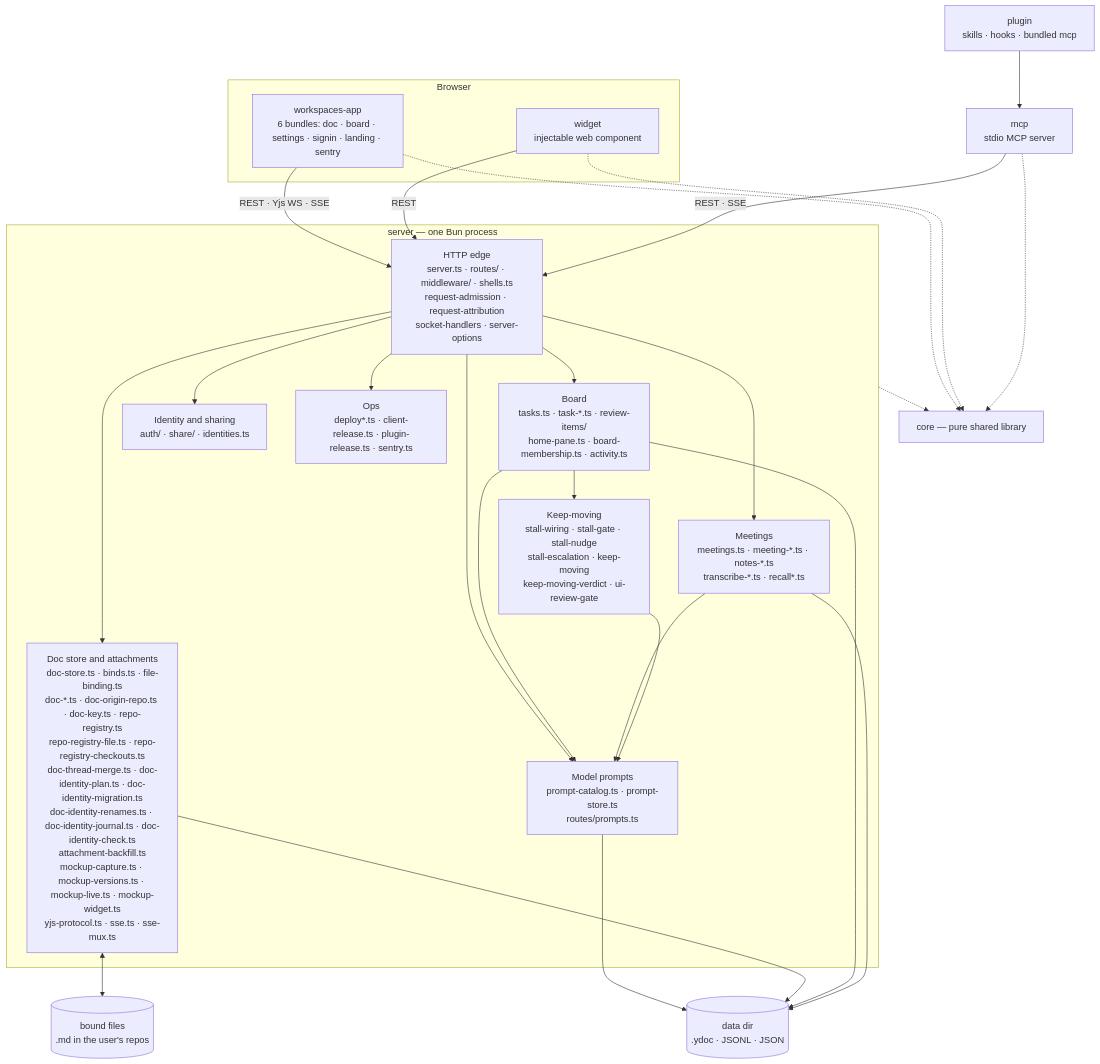
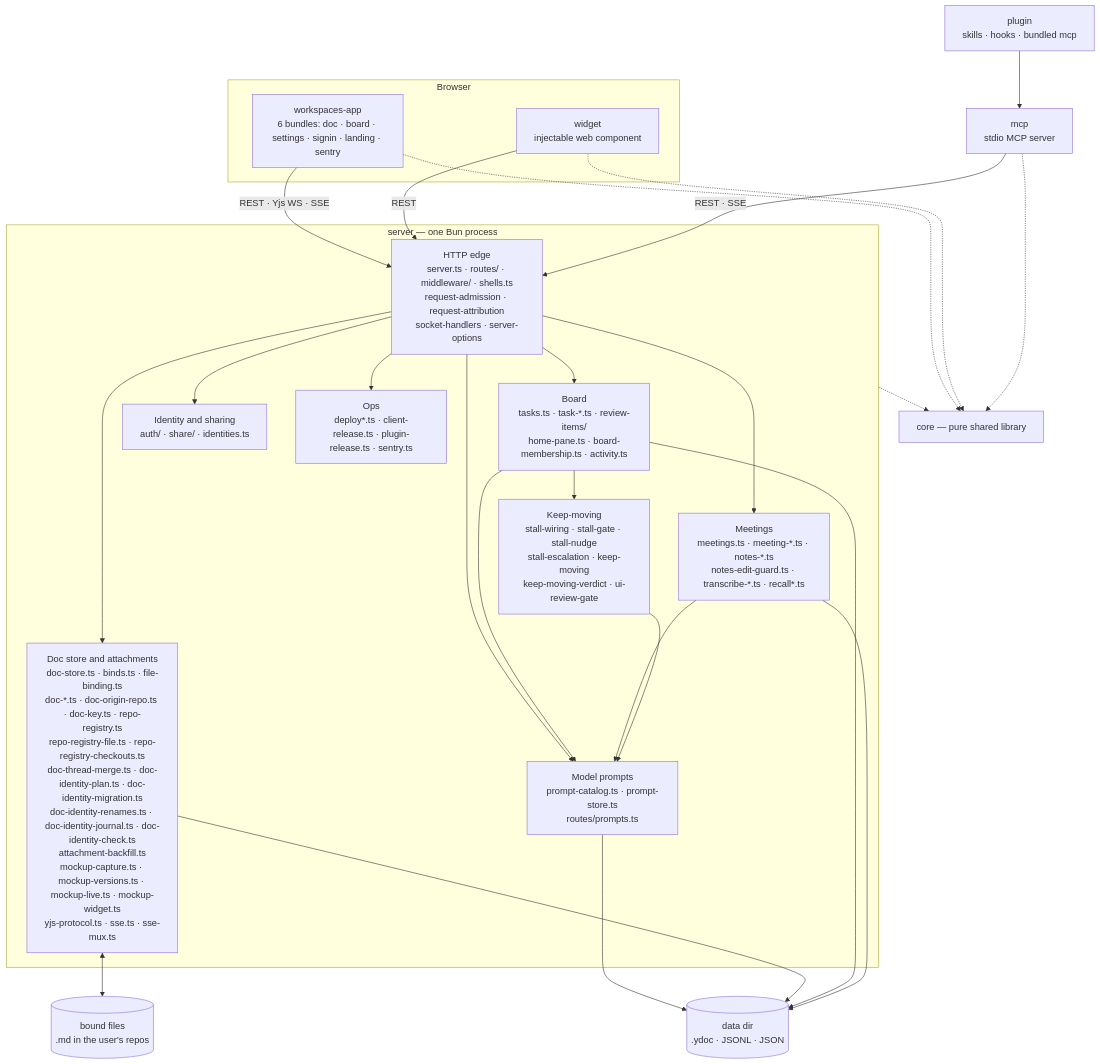
Before and after one commit to fryanpan/claude-workspaces-plugin: the first of 2 diagrams in docs/architecture/overview.md, drawn with Mermaid. The commit also changed 7 other files, not shown here.

First line of the commit message:
A meeting's notes can no longer disappear above a second heading (#834)

````diff
--- a/docs/architecture/overview.md
+++ b/docs/architecture/overview.md
@@ -45,35 +45,35 @@
 ```mermaid
 flowchart TB
   subgraph browser[Browser]
     app["workspaces-app<br/>6 bundles: doc · board · settings · signin · landing · sentry"]
     wid["widget<br/>injectable web component"]
   end
   plug["plugin<br/>skills · hooks · bundled mcp"]
   mcp["mcp<br/>stdio MCP server"]
   subgraph srv["server — one Bun process"]
     edge["HTTP edge<br/>server.ts · routes/ · middleware/ · shells.ts<br/>request-admission · request-attribution<br/>socket-handlers · server-options"]
     docs["Doc store and attachments<br/>doc-store.ts · binds.ts · file-binding.ts<br/>doc-*.ts · doc-origin-repo.ts · doc-key.ts · repo-registry.ts<br/>repo-registry-file.ts · repo-registry-checkouts.ts<br/>doc-thread-merge.ts · doc-identity-plan.ts · doc-identity-migration.ts<br/>doc-identity-renames.ts · doc-identity-journal.ts · doc-identity-check.ts<br/>attachment-backfill.ts<br/>mockup-capture.ts · mockup-versions.ts · mockup-live.ts · mockup-widget.ts<br/>yjs-protocol.ts · sse.ts · sse-mux.ts"]
     board["Board<br/>tasks.ts · task-*.ts · review-items/<br/>home-pane.ts · board-membership.ts · activity.ts"]
-    meet["Meetings<br/>meetings.ts · meeting-*.ts · notes-*.ts<br/>transcribe-*.ts · recall*.ts"]
+    meet["Meetings<br/>meetings.ts · meeting-*.ts · notes-*.ts<br/>notes-edit-guard.ts · transcribe-*.ts · recall*.ts"]
     keep["Keep-moving<br/>stall-wiring · stall-gate · stall-nudge<br/>stall-escalation · keep-moving<br/>keep-moving-verdict · ui-review-gate"]
     ident["Identity and sharing<br/>auth/ · share/ · identities.ts"]
     prompts["Model prompts<br/>prompt-catalog.ts · prompt-store.ts<br/>routes/prompts.ts"]
     ops["Ops<br/>deploy*.ts · client-release.ts · plugin-release.ts · sentry.ts"]
   end
   core["core — pure shared library"]
   disk[("data dir<br/>.ydoc · JSONL · JSON")]
   files[("bound files<br/>.md in the user's repos")]
 
   app -->|"REST · Yjs WS · SSE"| edge
   wid -->|REST| edge
   plug --> mcp
   mcp -->|"REST · SSE"| edge
   edge --> docs & board & meet & ident & ops & prompts
   board & meet & keep --> prompts
   prompts --> disk
   board --> keep
   docs <--> files
   docs & board & meet --> disk
   app & wid & mcp -.-> core
   srv -.-> core
 ```
````
